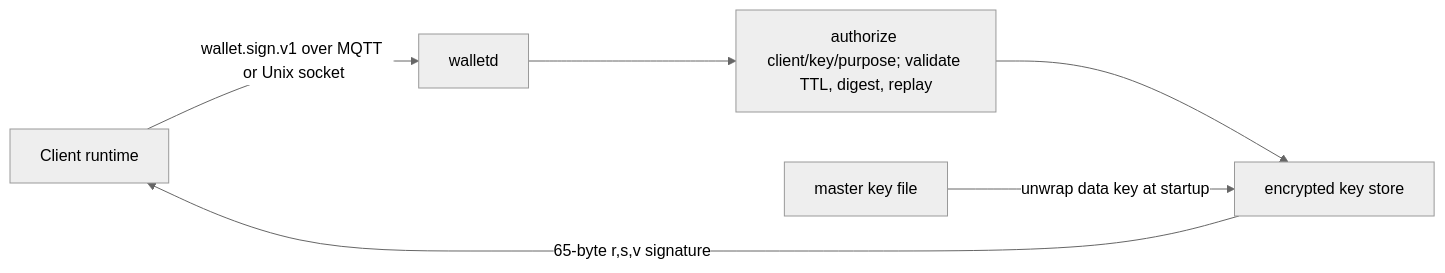
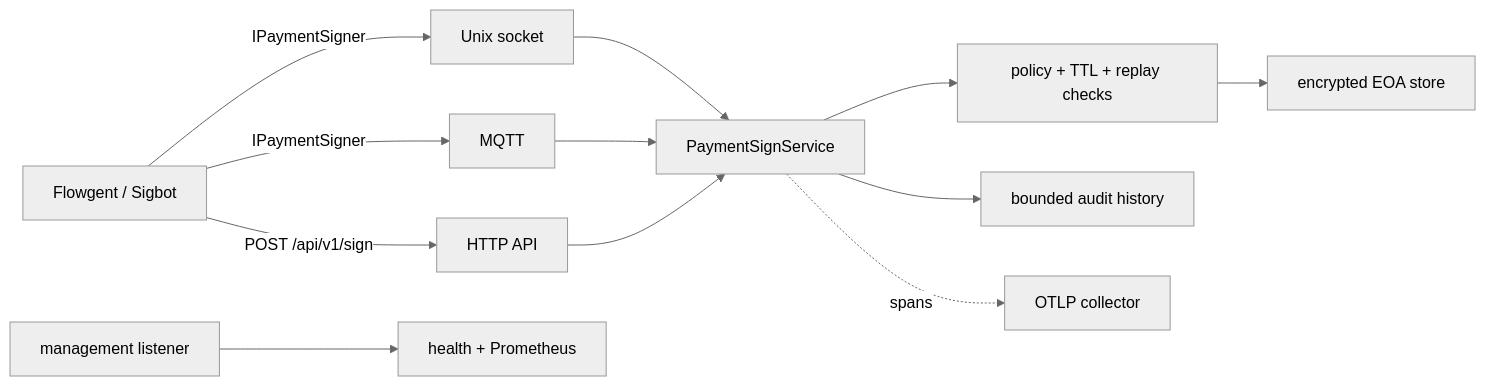
The diagram in README.md (wl4g-blockchain/agentvault), drawn with Mermaid (neutral theme) before and after one commit. The commit also changed other lines of this file and 57 other files, not shown here.

````diff
--- a/README.md
+++ b/README.md
@@ -7,8 +7,14 @@
 ```mermaid
 flowchart LR
-    C[Client runtime] -->|wallet.sign.v1 over MQTT or Unix socket| W[walletd]
-    W --> V[authorize client/key/purpose; validate TTL, digest, replay]
-    V --> S[encrypted key store]
-    S -->|65-byte r,s,v signature| C
-    M[master key file] -->|unwrap data key at startup| S
+    A[Flowgent / Sigbot] -->|IPaymentSigner| L[Unix socket]
+    A -->|IPaymentSigner| Q[MQTT]
+    A -->|POST /api/v1/sign| H[HTTP API]
+    L --> S[PaymentSignService]
+    Q --> S
+    H --> S
+    S --> V[policy + TTL + replay checks]
+    V --> K[encrypted EOA store]
+    S --> D[bounded audit history]
+    M[management listener] --> P[health + Prometheus]
+    S -. spans .-> O[OTLP collector]
 ```
````
